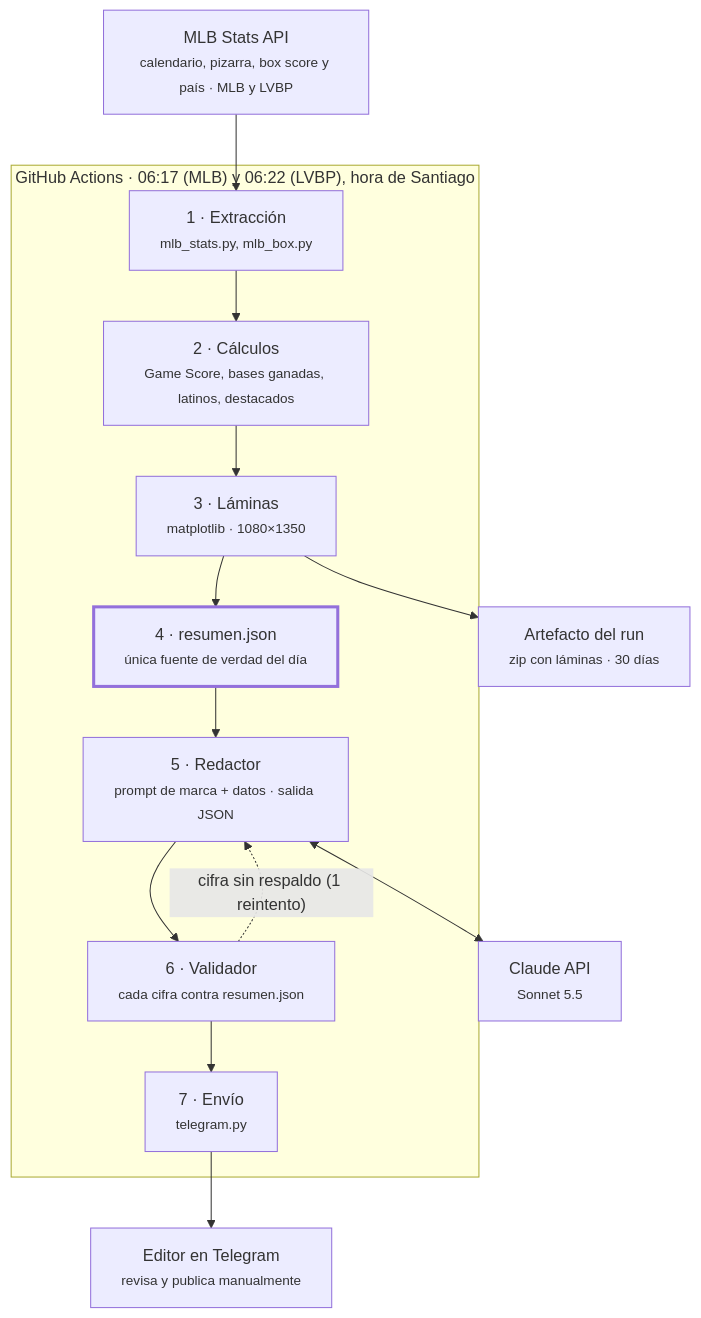
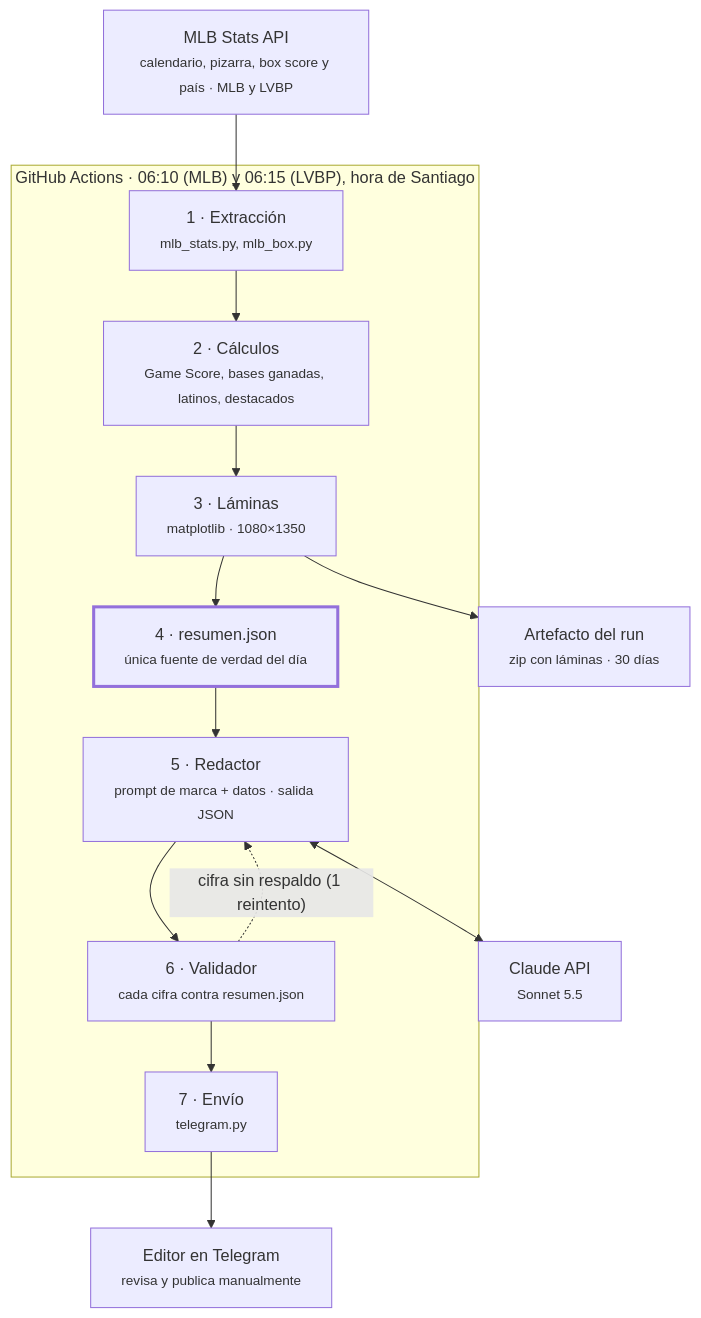
Before and after one commit to nolotov/beisbol-para-todos: the diagram in docs/wiki/Arquitectura-del-agente-de-resultados.md, drawn with Mermaid. The commit also changed other lines of this file and 5 other files, not shown here.

First line of the commit message:
ci: disparo externo con cron-job.org y cron de GitHub como respaldo sin duplicar envíos

````diff
--- a/docs/wiki/Arquitectura-del-agente-de-resultados.md
+++ b/docs/wiki/Arquitectura-del-agente-de-resultados.md
@@ -29,20 +29,20 @@
 ```mermaid
 flowchart TD
     API["MLB Stats API<br/><small>calendario, pizarra, box score y país · MLB y LVBP</small>"]
-    subgraph GHA["GitHub Actions · 06:17 (MLB) y 06:22 (LVBP), hora de Santiago"]
+    subgraph GHA["GitHub Actions · 06:10 (MLB) y 06:15 (LVBP), hora de Santiago"]
         S1["1 · Extracción<br/><small>mlb_stats.py, mlb_box.py</small>"]
         S2["2 · Cálculos<br/><small>Game Score, bases ganadas, latinos, destacados</small>"]
         S3["3 · Láminas<br/><small>matplotlib · 1080×1350</small>"]
         S4["4 · resumen.json<br/><small>única fuente de verdad del día</small>"]
         S5["5 · Redactor<br/><small>prompt de marca + datos · salida JSON</small>"]
         S6["6 · Validador<br/><small>cada cifra contra resumen.json</small>"]
         S7["7 · Envío<br/><small>telegram.py</small>"]
         S1 --> S2 --> S3 --> S4 --> S5 --> S6 --> S7
         S6 -. "cifra sin respaldo (1 reintento)" .-> S5
     end
     API --> S1
     S3 --> ART["Artefacto del run<br/><small>zip con láminas · 30 días</small>"]
     S5 <--> CL["Claude API<br/><small>Sonnet 5.5</small>"]
     S7 --> ED["Editor en Telegram<br/><small>revisa y publica manualmente</small>"]
     style S4 stroke-width:3px
 ```
````
